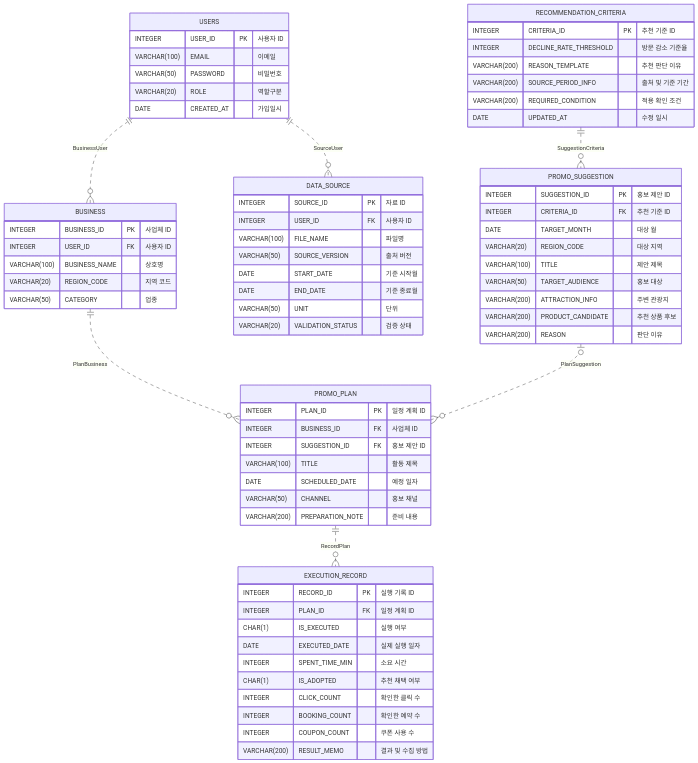
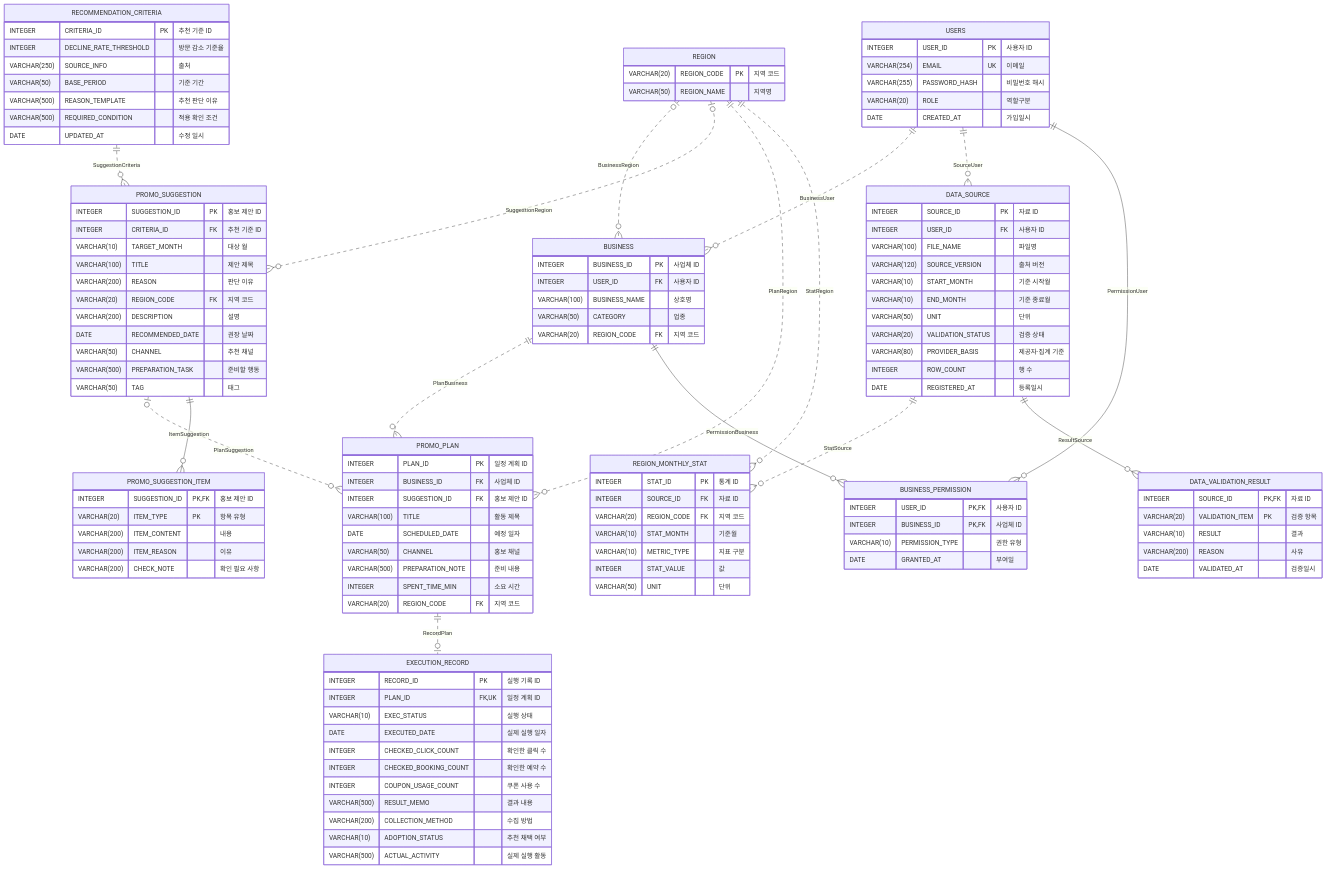
One commit to LSB-afk/-Information-Systems-Capstone-Design changed the diagram in 04_아키텍처/ERD/ERD_수정_내역.md. Above: the diagram before and after it, drawn with Mermaid. The commit also changed other lines of this file and 4 other files, not shown here.

````diff
--- a/04_아키텍처/ERD/ERD_수정_내역.md
+++ b/04_아키텍처/ERD/ERD_수정_내역.md
@@ -177,41 +334,33 @@
     RECOMMENDATION_CRITERIA ||..o{ PROMO_SUGGESTION : "SuggestionCriteria"
     BUSINESS ||..o{ PROMO_PLAN : "PlanBusiness"
     PROMO_SUGGESTION |o..o{ PROMO_PLAN : "PlanSuggestion"
-    PROMO_PLAN ||..o{ EXECUTION_RECORD : "RecordPlan"
+    PROMO_PLAN ||..o| EXECUTION_RECORD : "RecordPlan"
+    REGION |o..o{ BUSINESS : "BusinessRegion"
+    REGION |o..o{ PROMO_SUGGESTION : "SuggestionRegion"
+    REGION ||..o{ PROMO_PLAN : "PlanRegion"
+    DATA_SOURCE ||..o{ REGION_MONTHLY_STAT : "StatSource"
+    REGION ||..o{ REGION_MONTHLY_STAT : "StatRegion"
+    DATA_SOURCE ||--o{ DATA_VALIDATION_RESULT : "ResultSource"
+    PROMO_SUGGESTION ||--o{ PROMO_SUGGESTION_ITEM : "ItemSuggestion"
+    USERS ||--o{ BUSINESS_PERMISSION : "PermissionUser"
+    BUSINESS ||--o{ BUSINESS_PERMISSION : "PermissionBusiness"
 
     USERS {
         INTEGER USER_ID PK "사용자 ID"
-        VARCHAR(100) EMAIL "이메일"
-        VARCHAR(50) PASSWORD "비밀번호"
+        VARCHAR(254) EMAIL UK "이메일"
+        VARCHAR(255) PASSWORD_HASH "비밀번호 해시"
         VARCHAR(20) ROLE "역할구분"
         DATE CREATED_AT "가입일시"
     }
+
     BUSINESS {
         INTEGER BUSINESS_ID PK "사업체 ID"
         INTEGER USER_ID FK "사용자 ID"
         VARCHAR(100) BUSINESS_NAME "상호명"
-        VARCHAR(20) REGION_CODE "지역 코드"
         VARCHAR(50) CATEGORY "업종"
+        VARCHAR(20) REGION_CODE FK "지역 코드"
     }
-    RECOMMENDATION_CRITERIA {
-        INTEGER CRITERIA_ID PK "추천 기준 ID"
-        INTEGER DECLINE_RATE_THRESHOLD "방문 감소 기준율"
-        VARCHAR(200) REASON_TEMPLATE "추천 판단 이유"
-        VARCHAR(200) SOURCE_PERIOD_INFO "출처 및 기준 기간"
-        VARCHAR(200) REQUIRED_CONDITION "적용 확인 조건"
-        DATE UPDATED_AT "수정 일시"
-    }
-    PROMO_SUGGESTION {
-        INTEGER SUGGESTION_ID PK "홍보 제안 ID"
-        INTEGER CRITERIA_ID FK "추천 기준 ID"
-        DATE TARGET_MONTH "대상 월"
-        VARCHAR(20) REGION_CODE "대상 지역"
-        VARCHAR(100) TITLE "제안 제목"
-        VARCHAR(50) TARGET_AUDIENCE "홍보 대상"
-        VARCHAR(200) ATTRACTION_INFO "주변 관광지"
-        VARCHAR(200) PRODUCT_CANDIDATE "추천 상품 후보"
-        VARCHAR(200) REASON "판단 이유"
-    }
+
     PROMO_PLAN {
         INTEGER PLAN_ID PK "일정 계획 ID"
         INTEGER BUSINESS_ID FK "사업체 ID"
@@ -219,28 +368,98 @@
         VARCHAR(100) TITLE "활동 제목"
         DATE SCHEDULED_DATE "예정 일자"
         VARCHAR(50) CHANNEL "홍보 채널"
-        VARCHAR(200) PREPARATION_NOTE "준비 내용"
+        VARCHAR(500) PREPARATION_NOTE "준비 내용"
+        INTEGER SPENT_TIME_MIN "소요 시간"
+        VARCHAR(20) REGION_CODE FK "지역 코드"
     }
+
+    RECOMMENDATION_CRITERIA {
+        INTEGER CRITERIA_ID PK "추천 기준 ID"
+        INTEGER DECLINE_RATE_THRESHOLD "방문 감소 기준율"
+        VARCHAR(250) SOURCE_INFO "출처"
+        VARCHAR(50) BASE_PERIOD "기준 기간"
+        VARCHAR(500) REASON_TEMPLATE "추천 판단 이유"
+        VARCHAR(500) REQUIRED_CONDITION "적용 확인 조건"
+        DATE UPDATED_AT "수정 일시"
+    }
+
+    PROMO_SUGGESTION {
+        INTEGER SUGGESTION_ID PK "홍보 제안 ID"
+        INTEGER CRITERIA_ID FK "추천 기준 ID"
+        VARCHAR(10) TARGET_MONTH "대상 월"
+        VARCHAR(100) TITLE "제안 제목"
+        VARCHAR(200) REASON "판단 이유"
+        VARCHAR(20) REGION_CODE FK "지역 코드"
+        VARCHAR(200) DESCRIPTION "설명"
+        DATE RECOMMENDED_DATE "권장 날짜"
+        VARCHAR(50) CHANNEL "추천 채널"
+        VARCHAR(500) PREPARATION_TASK "준비할 행동"
+        VARCHAR(50) TAG "태그"
+    }
+
     EXECUTION_RECORD {
         INTEGER RECORD_ID PK "실행 기록 ID"
-        INTEGER PLAN_ID FK "일정 계획 ID"
-        CHAR(1) IS_EXECUTED "실행 여부"
+        INTEGER PLAN_ID FK, UK "일정 계획 ID"
+        VARCHAR(10) EXEC_STATUS "실행 상태"
         DATE EXECUTED_DATE "실제 실행 일자"
-        INTEGER SPENT_TIME_MIN "소요 시간"
-        CHAR(1) IS_ADOPTED "추천 채택 여부"
-        INTEGER CLICK_COUNT "확인한 클릭 수"
-        INTEGER BOOKING_COUNT "확인한 예약 수"
-        INTEGER COUPON_COUNT "쿠폰 사용 수"
-        VARCHAR(200) RESULT_MEMO "결과 및 수집 방법"
+        INTEGER CHECKED_CLICK_COUNT "확인한 클릭 수"
+        INTEGER CHECKED_BOOKING_COUNT "확인한 예약 수"
+        INTEGER COUPON_USAGE_COUNT "쿠폰 사용 수"
+        VARCHAR(500) RESULT_MEMO "결과 내용"
+        VARCHAR(200) COLLECTION_METHOD "수집 방법"
+        VARCHAR(10) ADOPTION_STATUS "추천 채택 여부"
+        VARCHAR(500) ACTUAL_ACTIVITY "실제 실행 활동"
     }
+
     DATA_SOURCE {
         INTEGER SOURCE_ID PK "자료 ID"
         INTEGER USER_ID FK "사용자 ID"
         VARCHAR(100) FILE_NAME "파일명"
-        VARCHAR(50) SOURCE_VERSION "출처 버전"
-        DATE START_DATE "기준 시작월"
-        DATE END_DATE "기준 종료월"
+        VARCHAR(120) SOURCE_VERSION "출처 버전"
+        VARCHAR(10) START_MONTH "기준 시작월"
+        VARCHAR(10) END_MONTH "기준 종료월"
         VARCHAR(50) UNIT "단위"
         VARCHAR(20) VALIDATION_STATUS "검증 상태"
+        VARCHAR(80) PROVIDER_BASIS "제공자·집계 기준"
+        INTEGER ROW_COUNT "행 수"
+        DATE REGISTERED_AT "등록일시"
+    }
+
+    REGION {
+        VARCHAR(20) REGION_CODE PK "지역 코드"
+        VARCHAR(50) REGION_NAME "지역명"
+    }
+
+    REGION_MONTHLY_STAT {
+        INTEGER STAT_ID PK "통계 ID"
+        INTEGER SOURCE_ID FK "자료 ID"
+        VARCHAR(20) REGION_CODE FK "지역 코드"
+        VARCHAR(10) STAT_MONTH "기준월"
+        VARCHAR(10) METRIC_TYPE "지표 구분"
+        INTEGER STAT_VALUE "값"
+        VARCHAR(50) UNIT "단위"
+    }
+
+    DATA_VALIDATION_RESULT {
+        INTEGER SOURCE_ID PK, FK "자료 ID"
+        VARCHAR(20) VALIDATION_ITEM PK "검증 항목"
+        VARCHAR(10) RESULT "결과"
+        VARCHAR(200) REASON "사유"
+        DATE VALIDATED_AT "검증일시"
+    }
+
+    PROMO_SUGGESTION_ITEM {
+        INTEGER SUGGESTION_ID PK, FK "홍보 제안 ID"
+        VARCHAR(20) ITEM_TYPE PK "항목 유형"
+        VARCHAR(200) ITEM_CONTENT "내용"
+        VARCHAR(200) ITEM_REASON "이유"
+        VARCHAR(200) CHECK_NOTE "확인 필요 사항"
+    }
+
+    BUSINESS_PERMISSION {
+        INTEGER USER_ID PK, FK "사용자 ID"
+        INTEGER BUSINESS_ID PK, FK "사업체 ID"
+        VARCHAR(10) PERMISSION_TYPE "권한 유형"
+        DATE GRANTED_AT "부여일"
     }
 ```
````
